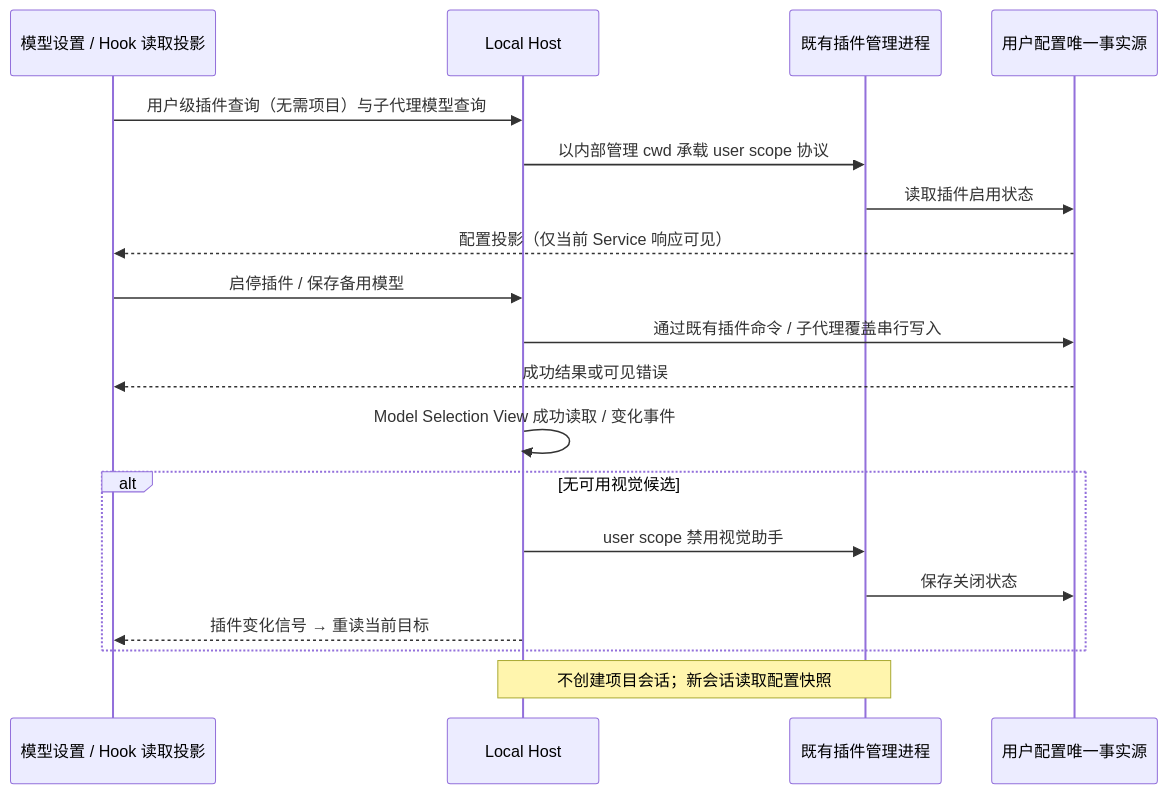
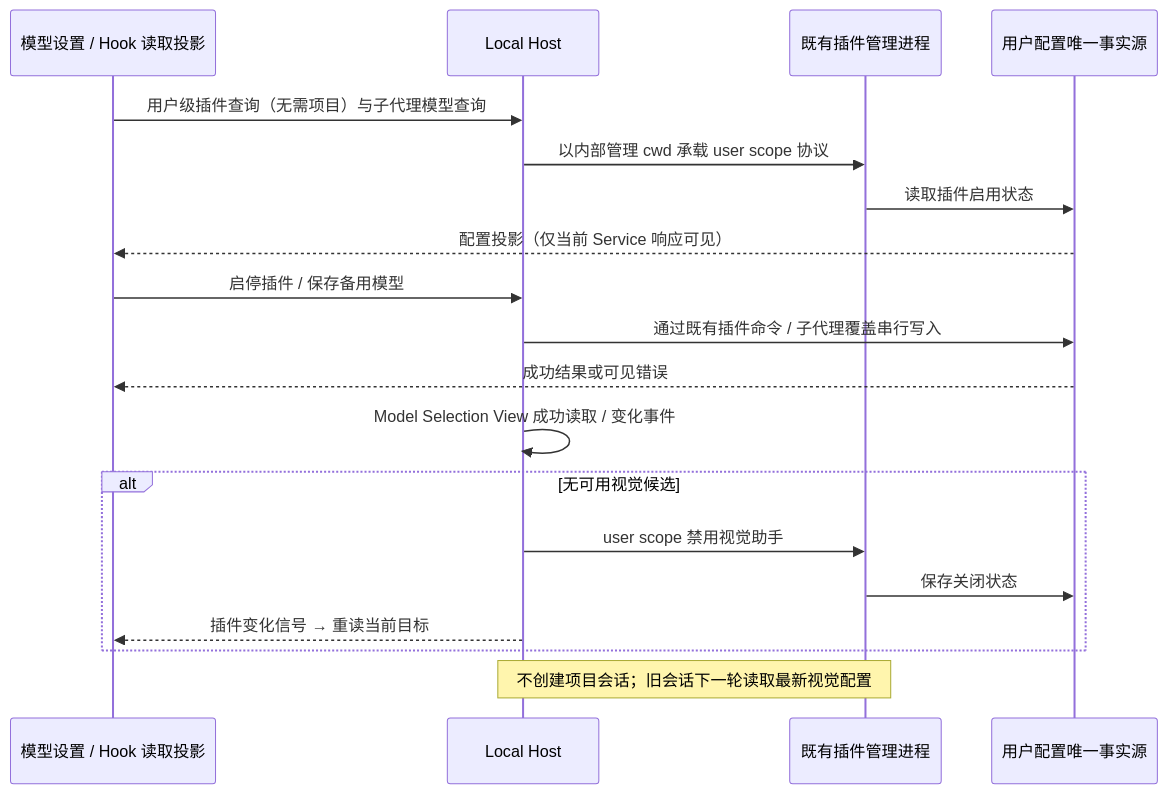
Before and after one commit to nilaoda/ZCode: the second of 3 diagrams in docs/specs/vision-assistant.md, drawn with Mermaid. The commit also changed other lines of this file and 13 other files, not shown here.

````diff
--- a/docs/specs/vision-assistant.md
+++ b/docs/specs/vision-assistant.md
@@ -99,21 +100,21 @@
 ```mermaid
 sequenceDiagram
     participant UI as 模型设置 / Hook 读取投影
     participant H as Local Host
     participant P as 既有插件管理进程
     participant F as 用户配置唯一事实源
     UI->>H: 用户级插件查询（无需项目）与子代理模型查询
     H->>P: 以内部管理 cwd 承载 user scope 协议
     P->>F: 读取插件启用状态
     F-->>UI: 配置投影（仅当前 Service 响应可见）
     UI->>H: 启停插件 / 保存备用模型
     H->>F: 通过既有插件命令 / 子代理覆盖串行写入
     F-->>UI: 成功结果或可见错误
     H->>H: Model Selection View 成功读取 / 变化事件
     alt 无可用视觉候选
         H->>P: user scope 禁用视觉助手
         P->>F: 保存关闭状态
         H-->>UI: 插件变化信号 → 重读当前目标
     end
-    Note over H,P: 不创建项目会话；新会话读取配置快照
+    Note over H,P: 不创建项目会话；旧会话下一轮读取最新视觉配置
 ```
````
